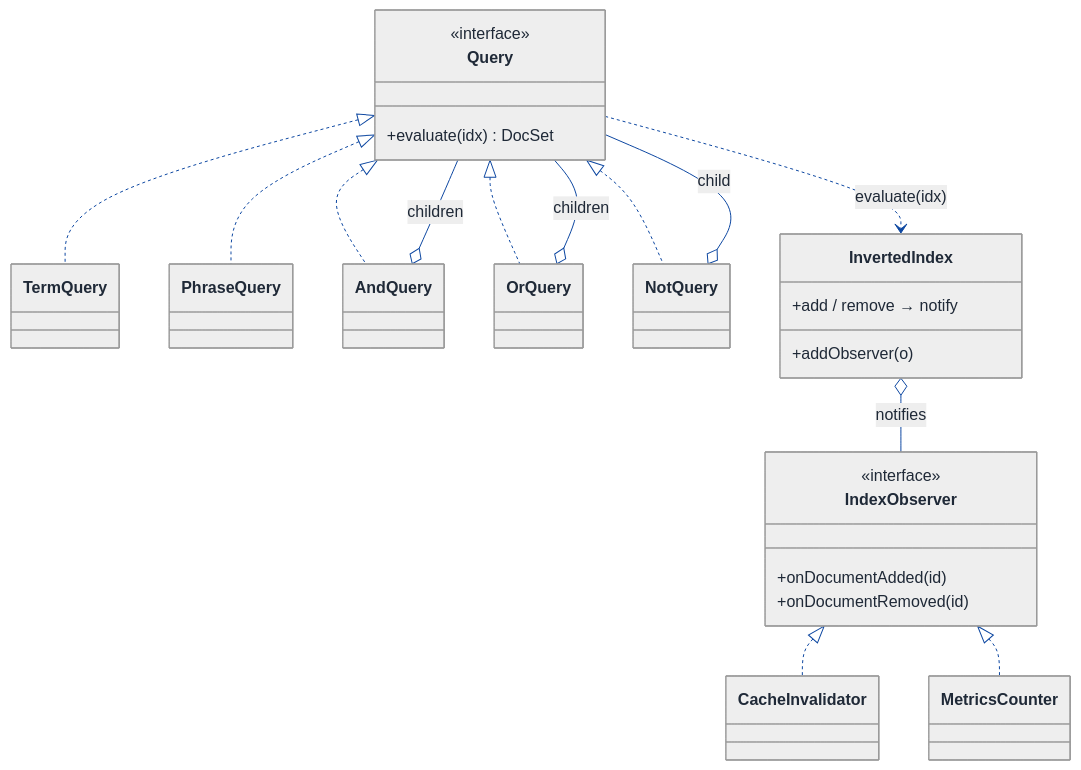
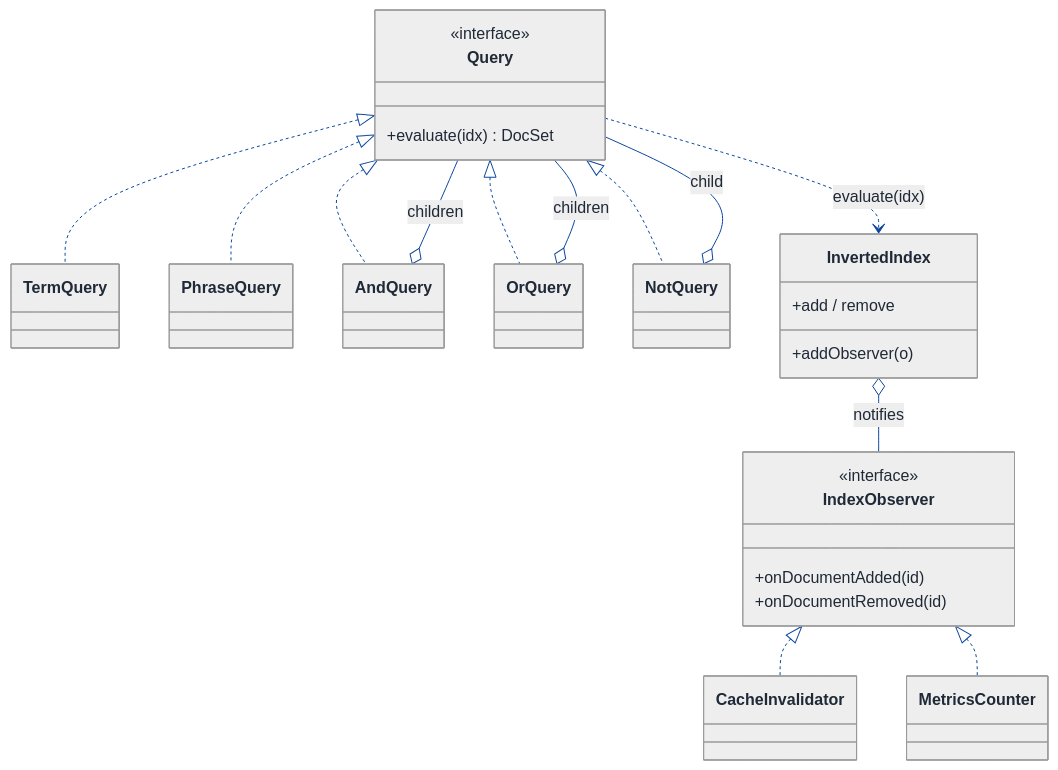
The sixth of 8 diagrams in LLD/Topics/Object_Oriented_Design/Search_Engine.md (Prateek-5/question-bank), drawn with Mermaid before and after one commit. The commit also changed other lines of this file and 61 other files, not shown here.

First line of the commit message:
Fix invalid mermaid classDiagram member syntax across LLD walkthroughs

````diff
--- a/LLD/Topics/Object_Oriented_Design/Search_Engine.md
+++ b/LLD/Topics/Object_Oriented_Design/Search_Engine.md
@@ -979,68 +978,68 @@
 ```mermaid
 ---
 config:
   theme: neutral
   themeVariables:
     background: '#ffffff'
     primaryColor: '#cfe2ff'
     primaryTextColor: '#1f2937'
     primaryBorderColor: '#084298'
     secondaryColor: '#fff3cd'
     secondaryTextColor: '#1f2937'
     secondaryBorderColor: '#664d03'
     tertiaryColor: '#d1e7dd'
     tertiaryTextColor: '#1f2937'
     tertiaryBorderColor: '#0a3622'
     lineColor: '#0d47a1'
     textColor: '#1f2937'
     noteBkgColor: '#fff3cd'
     noteTextColor: '#1f2937'
     noteBorderColor: '#997404'
     actorBkg: '#cfe2ff'
     actorBorder: '#084298'
     actorTextColor: '#1f2937'
     signalColor: '#0d47a1'
     signalTextColor: '#1f2937'
     labelBoxBkgColor: '#ffffff'
     labelBoxBorderColor: '#d3d3d3'
     labelTextColor: '#1f2937'
     edgeLabelBackground: '#ffffff'
     labelBackground: '#ffffff'
     classText: '#1f2937'
     fontFamily: 'system-ui, -apple-system, Segoe UI, Helvetica, Arial, sans-serif'
 ---
 classDiagram
   direction TB
   class Query {
     <<interface>>
     +evaluate(idx) DocSet
   }
   class TermQuery
   class PhraseQuery
   class AndQuery
   class OrQuery
   class NotQuery
   class InvertedIndex {
     +addObserver(o)
-    +add / remove → notify
+    +add / remove
   }
   class IndexObserver {
     <<interface>>
     +onDocumentAdded(id)
     +onDocumentRemoved(id)
   }
   class CacheInvalidator
   class MetricsCounter
   Query <|.. TermQuery
   Query <|.. PhraseQuery
   Query <|.. AndQuery
   Query <|.. OrQuery
   Query <|.. NotQuery
   AndQuery o-- Query : children
   OrQuery o-- Query : children
   NotQuery o-- Query : child
   Query ..> InvertedIndex : evaluate(idx)
   InvertedIndex o-- IndexObserver : notifies
   IndexObserver <|.. CacheInvalidator
   IndexObserver <|.. MetricsCounter
 ```
````
